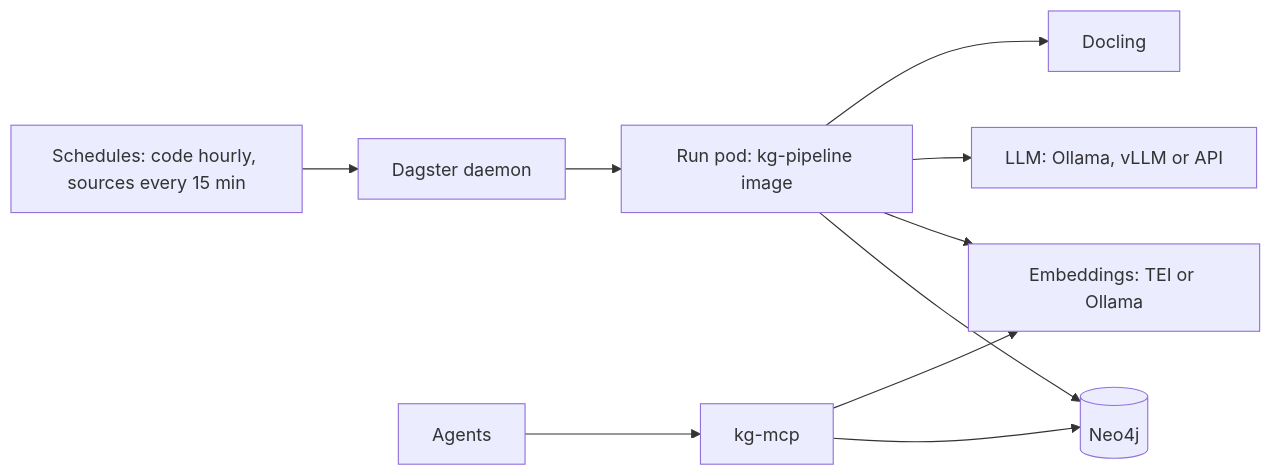
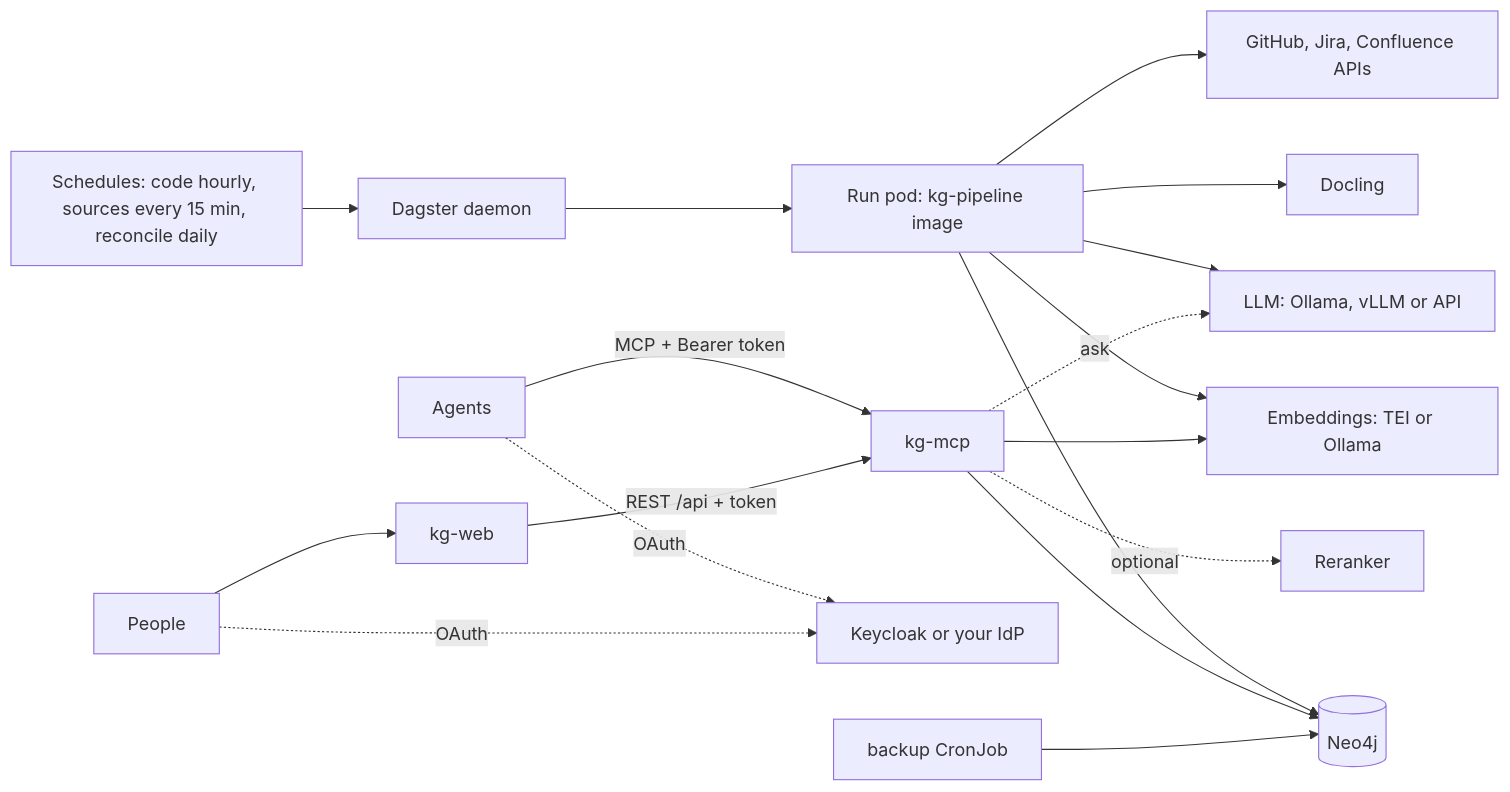
The diagram in docs/RUNBOOK.md (numaan/knowledge-graph), drawn with Mermaid before and after one commit. The commit also changed other lines of this file and 2 other files, not shown here.

````diff
--- a/docs/RUNBOOK.md
+++ b/docs/RUNBOOK.md
@@ -29,11 +36,18 @@
 ```mermaid
 flowchart LR
-  S[Schedules: code hourly, sources every 15 min] --> D[Dagster daemon] --> J[Run pod: kg-pipeline image]
+  S[Schedules: code hourly, sources every 15 min, reconcile daily] --> D[Dagster daemon] --> J[Run pod: kg-pipeline image]
   J --> N[(Neo4j)]
   J --> E[Embeddings: TEI or Ollama]
   J --> L[LLM: Ollama, vLLM or API]
   J --> DL[Docling]
+  J --> GH[GitHub, Jira, Confluence APIs]
   M[kg-mcp] --> N
   M --> E
-  A[Agents] --> M
+  M -.optional.-> RR[Reranker]
+  M -.ask.-> L
+  A[Agents] -->|MCP + Bearer token| M
+  W[kg-web] -->|REST /api + token| M
+  P[People] --> W
+  A & P -.OAuth.-> K[Keycloak or your IdP]
+  B[backup CronJob] --> N
 ```
````
